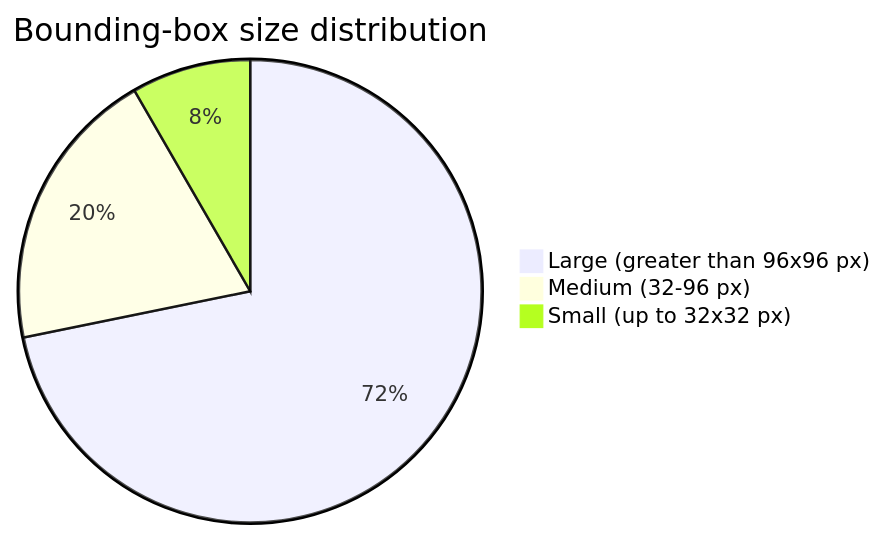
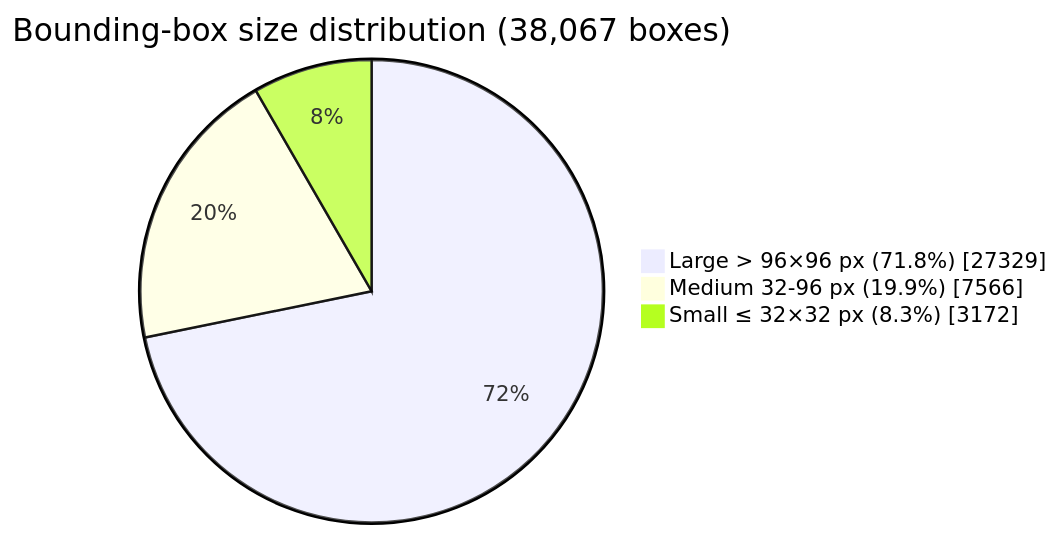
Before and after one commit to CostiCatargiu/Yolov12_WeaponDetection: the sixth of 6 diagrams in Readme.md, drawn with Mermaid. The commit also changed other lines of this file, not shown here.

````diff
--- a/Readme.md
+++ b/Readme.md
@@ -237,6 +544,7 @@
 ```mermaid
-pie title Bounding-box size distribution
-    "Large (greater than 96x96 px)" : 27329
-    "Medium (32-96 px)" : 7566
-    "Small (up to 32x32 px)" : 3172
+pie showData
+    title Bounding-box size distribution (38,067 boxes)
+    "Large > 96×96 px (71.8%)" : 27329
+    "Medium 32-96 px (19.9%)" : 7566
+    "Small ≤ 32×32 px (8.3%)" : 3172
 ```
````
